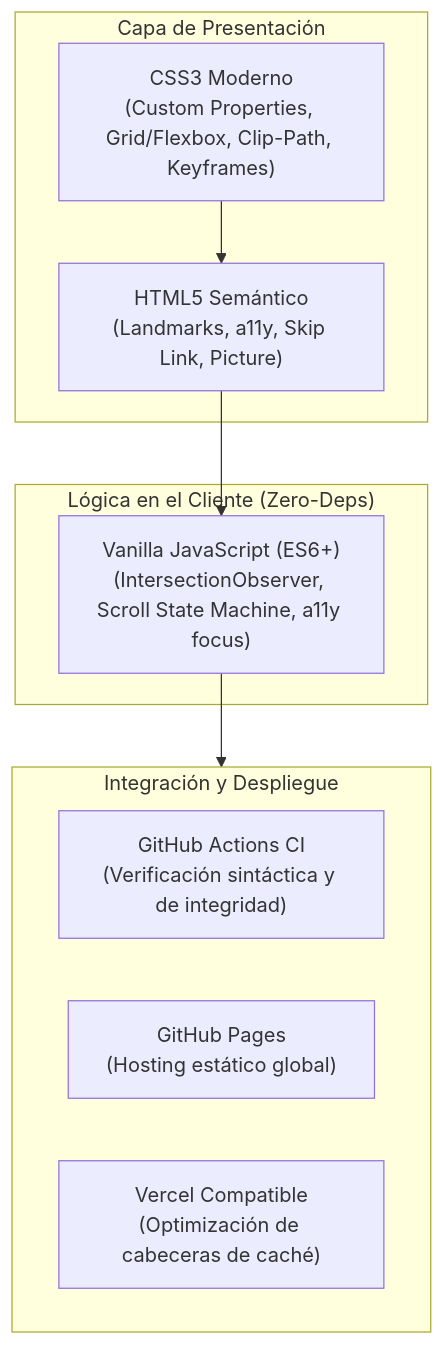
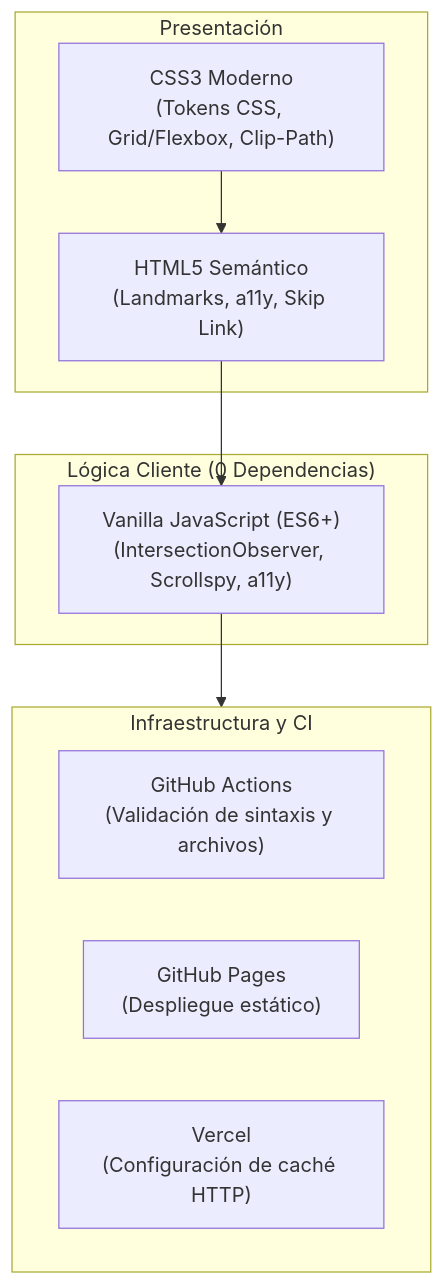
Before and after one commit to JulioXC4/180dc-upc-ns: the diagram in README.md, drawn with Mermaid. The commit also changed other lines of this file, not shown here.

````diff
--- a/README.md
+++ b/README.md
@@ -56,21 +53,21 @@
 ```mermaid
 flowchart TD
-    subgraph UI ["Capa de Presentación"]
-        HTML["HTML5 Semántico<br/>(Landmarks, a11y, Skip Link, Picture)"]
-        CSS["CSS3 Moderno<br/>(Custom Properties, Grid/Flexbox, Clip-Path, Keyframes)"]
+    subgraph UI ["Presentación"]
+        HTML["HTML5 Semántico<br/>(Landmarks, a11y, Skip Link)"]
+        CSS["CSS3 Moderno<br/>(Tokens CSS, Grid/Flexbox, Clip-Path)"]
     end
 
-    subgraph Logic ["Lógica en el Cliente (Zero-Deps)"]
-        JS["Vanilla JavaScript (ES6+)<br/>(IntersectionObserver, Scroll State Machine, a11y focus)"]
+    subgraph Core ["Lógica Cliente (0 Dependencias)"]
+        JS["Vanilla JavaScript (ES6+)<br/>(IntersectionObserver, Scrollspy, a11y)"]
     end
 
-    subgraph DevOps ["Integración y Despliegue"]
-        GHA["GitHub Actions CI<br/>(Verificación sintáctica y de integridad)"]
-        GHP["GitHub Pages<br/>(Hosting estático global)"]
-        VERCEL["Vercel Compatible<br/>(Optimización de cabeceras de caché)"]
+    subgraph Infra ["Infraestructura y CI"]
+        GHA["GitHub Actions<br/>(Validación de sintaxis y archivos)"]
+        GHP["GitHub Pages<br/>(Despliegue estático)"]
+        VERCEL["Vercel<br/>(Configuración de caché HTTP)"]
     end
 
     HTML --> JS
     CSS --> HTML
-    JS --> DevOps
+    JS --> Infra
 ```
````
